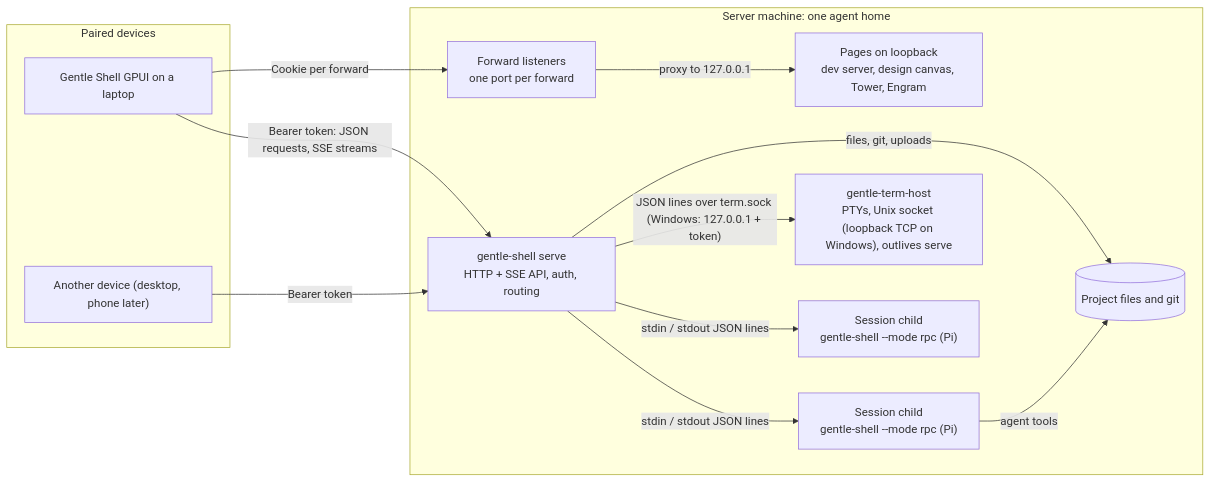
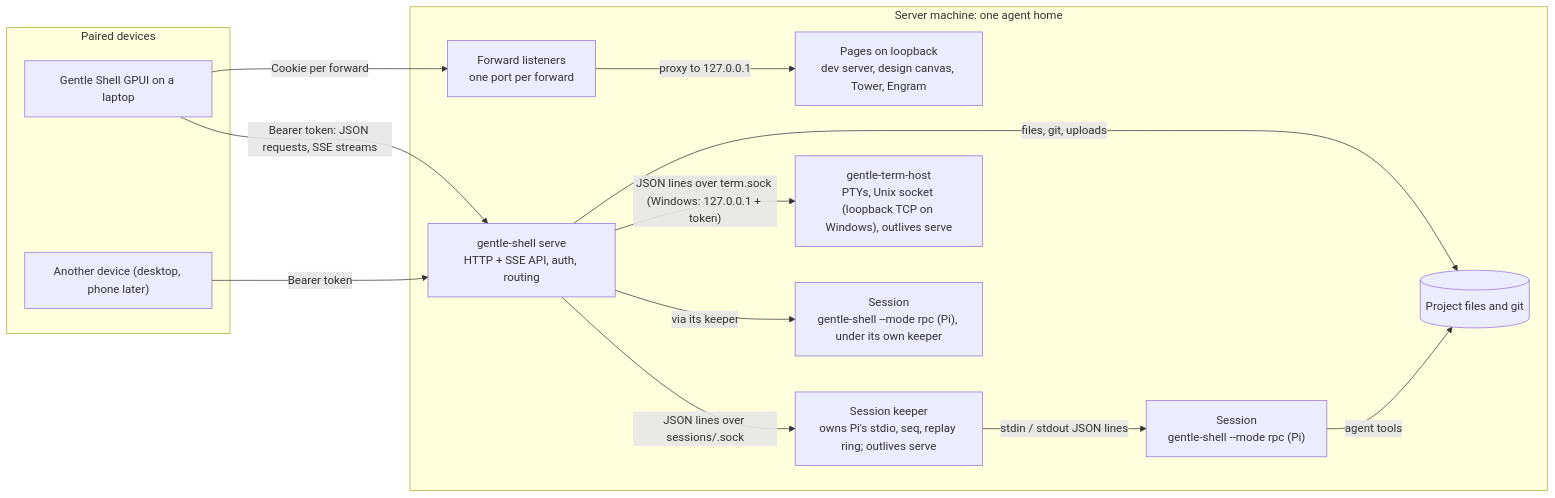
The first of 6 diagrams in docs/remote.md (Gentleman-Programming/gentle-shell), drawn with Mermaid before and after one commit. The commit also changed other lines of this file and 40 other files, not shown here.

First line of the commit message:
feat(serve): session keeper, TLS with a pairing proof, and a relay

````diff
--- a/docs/remote.md
+++ b/docs/remote.md
@@ -26,27 +26,29 @@
 ```mermaid
 flowchart LR
     subgraph Clients["Paired devices"]
         A["Gentle Shell GPUI on a laptop"]
         B["Another device (desktop, phone later)"]
     end
 
     subgraph Server["Server machine: one agent home"]
         S["gentle-shell serve<br/>HTTP + SSE API, auth, routing"]
-        P1["Session child<br/>gentle-shell --mode rpc (Pi)"]
-        P2["Session child<br/>gentle-shell --mode rpc (Pi)"]
+        K1["Session keeper<br/>owns Pi's stdio, seq, replay ring; outlives serve"]
+        P1["Session<br/>gentle-shell --mode rpc (Pi)"]
+        P2["Session<br/>gentle-shell --mode rpc (Pi), under its own keeper"]
         H["gentle-term-host<br/>PTYs, Unix socket (loopback TCP on Windows), outlives serve"]
         F["Forward listeners<br/>one port per forward"]
         L["Pages on loopback<br/>dev server, design canvas, Tower, Engram"]
         FS[("Project files and git")]
     end
 
     A -- "Bearer token: JSON requests, SSE streams" --> S
     B -- "Bearer token" --> S
     A -- "Cookie per forward" --> F
-    S -- "stdin / stdout JSON lines" --> P1
-    S -- "stdin / stdout JSON lines" --> P2
+    S -- "JSON lines over sessions/<id>.sock" --> K1
+    K1 -- "stdin / stdout JSON lines" --> P1
+    S -- "via its keeper" --> P2
     S -- "JSON lines over term.sock (Windows: 127.0.0.1 + token)" --> H
     S -- "files, git, uploads" --> FS
     P1 -- "agent tools" --> FS
     F -- "proxy to 127.0.0.1" --> L
 ```
````
